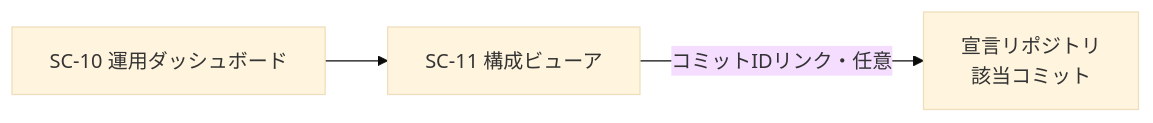
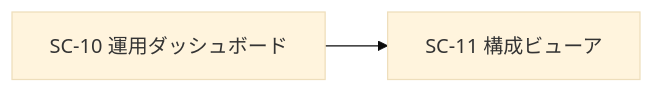
One commit to endazon/microservices-platform changed the diagram in docs/screens/SC-11_configuration-viewer.md. Above: the diagram before and after it, drawn with Mermaid (base theme). The commit also changed other lines of this file and 41 other files, not shown here.

````diff
--- a/docs/screens/SC-11_configuration-viewer.md
+++ b/docs/screens/SC-11_configuration-viewer.md
@@ -176,5 +233,4 @@
 ```mermaid
 flowchart LR
   SC10[SC-10 運用ダッシュボード] --> SC11[SC-11 構成ビューア]
-  SC11 -->|コミットIDリンク・任意| GIT[宣言リポジトリ<br/>該当コミット]
 ```
````
